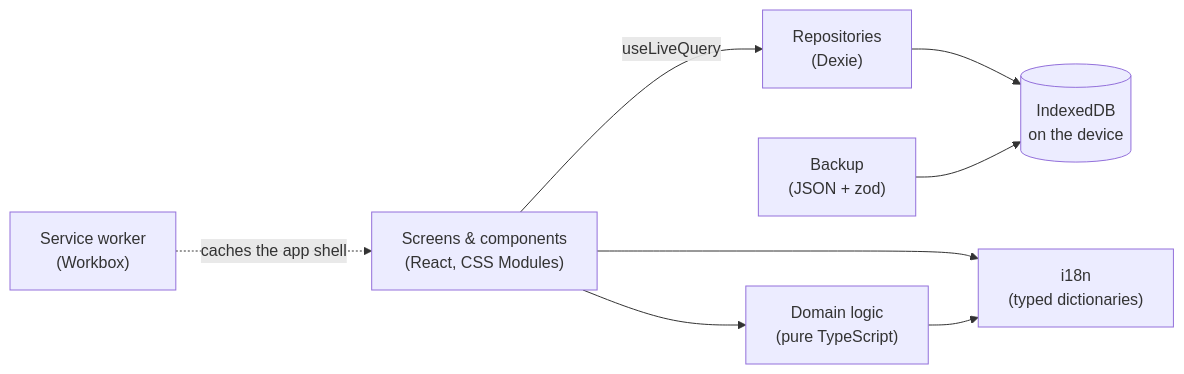
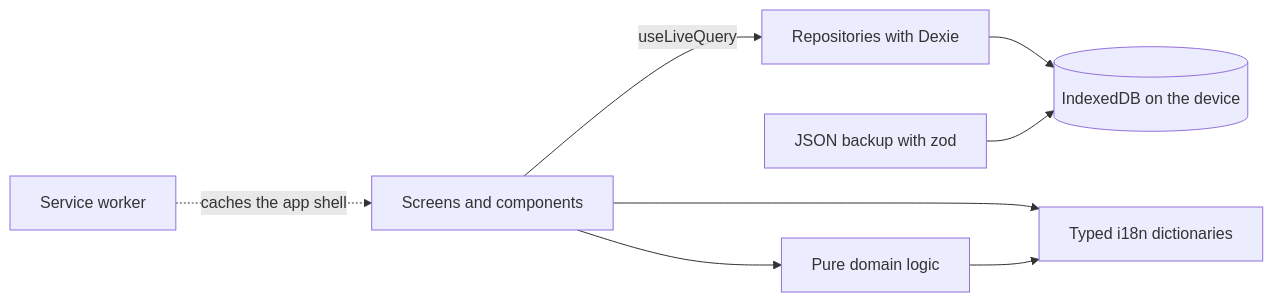
One commit to luisakru/headly-v2 changed the diagram in README.md. Above: the diagram before and after it, drawn with Mermaid.

Commit message:
docs: simplify the architecture diagram so GitHub renders it

````diff
--- a/README.md
+++ b/README.md
@@ -44,10 +44,10 @@
 ```mermaid
 flowchart LR
-  UI["Screens & components<br/>(React, CSS Modules)"] -->|useLiveQuery| Data["Repositories<br/>(Dexie)"]
-  Data --> DB[("IndexedDB<br/>on the device")]
-  UI --> Domain["Domain logic<br/>(pure TypeScript)"]
-  UI --> I18n["i18n<br/>(typed dictionaries)"]
+  UI[Screens and components] -->|useLiveQuery| Data[Repositories with Dexie]
+  Data --> DB[(IndexedDB on the device)]
+  UI --> Domain[Pure domain logic]
+  UI --> I18n[Typed i18n dictionaries]
   Domain --> I18n
-  Backup["Backup<br/>(JSON + zod)"] --> DB
-  SW["Service worker<br/>(Workbox)"] -.->|caches the app shell| UI
+  Backup[JSON backup with zod] --> DB
+  SW[Service worker] -. caches the app shell .-> UI
 ```
````
